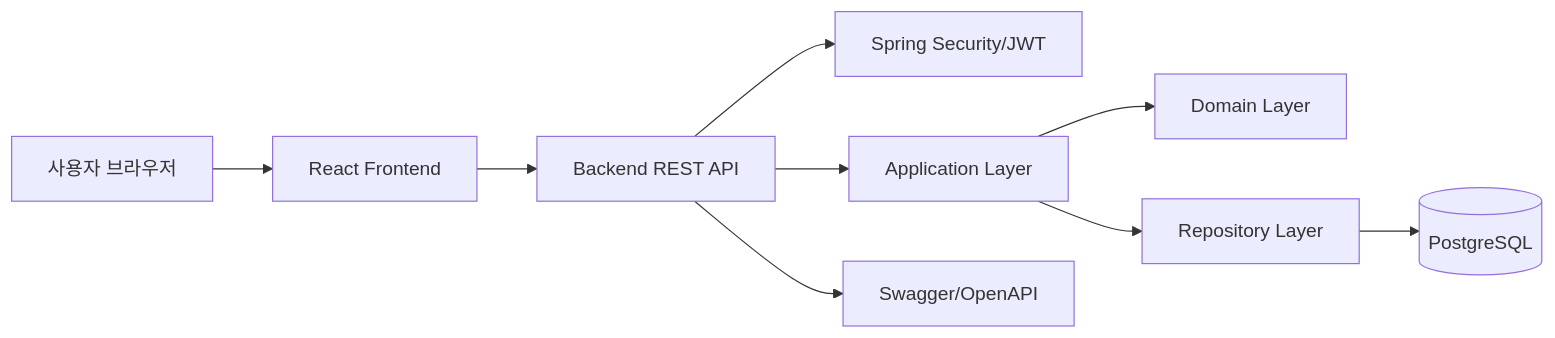
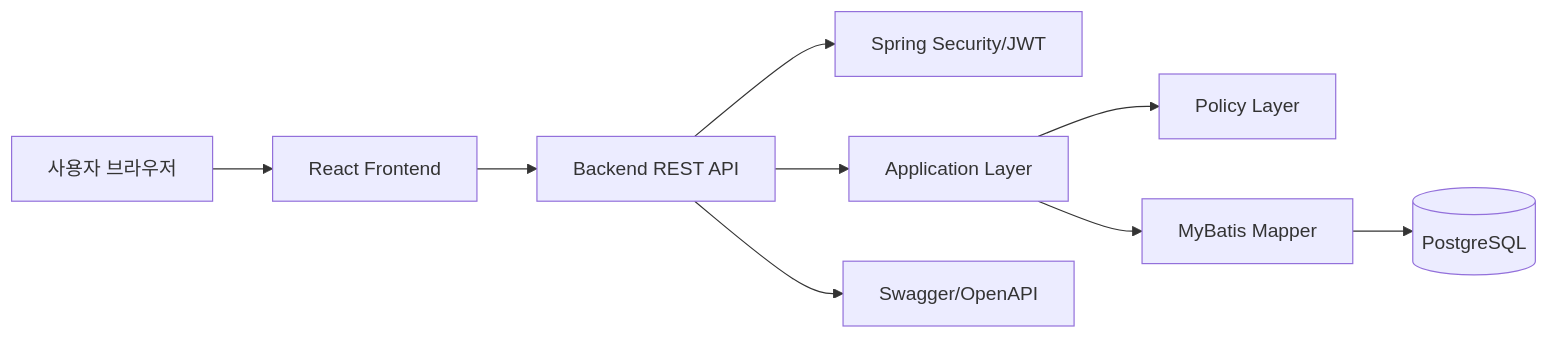
Before and after one commit to yellow-pang/health-center-smart-reservation: the seventh of 10 diagrams in docs/01_planning/01_프로젝트_기획서.md, drawn with Mermaid. The commit also changed other lines of this file and 285 other files, not shown here.

````diff
--- a/docs/01_planning/01_프로젝트_기획서.md
+++ b/docs/01_planning/01_프로젝트_기획서.md
@@ -616,12 +623,12 @@
 ```mermaid
 flowchart LR
     U[사용자 브라우저] --> FE[React Frontend]
     FE --> API[Backend REST API]
     API --> AUTH[Spring Security/JWT]
     API --> APP[Application Layer]
-    APP --> DOMAIN[Domain Layer]
-    APP --> REPO[Repository Layer]
-    REPO --> DB[(PostgreSQL)]
+    APP --> POLICY[Policy Layer]
+    APP --> MAPPER[MyBatis Mapper]
+    MAPPER --> DB[(PostgreSQL)]
 
     API --> SWAGGER[Swagger/OpenAPI]
 ```
````
